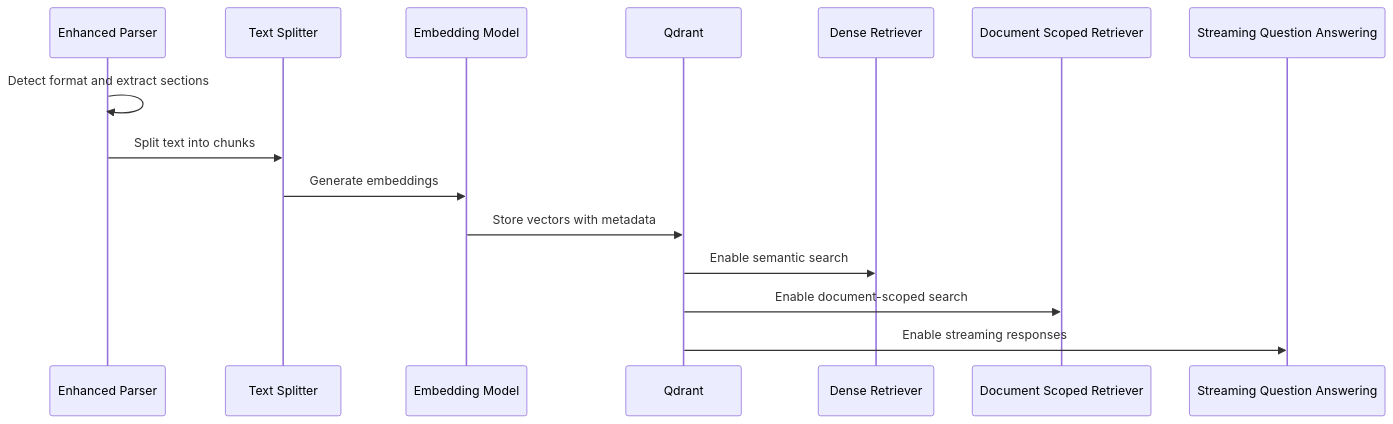
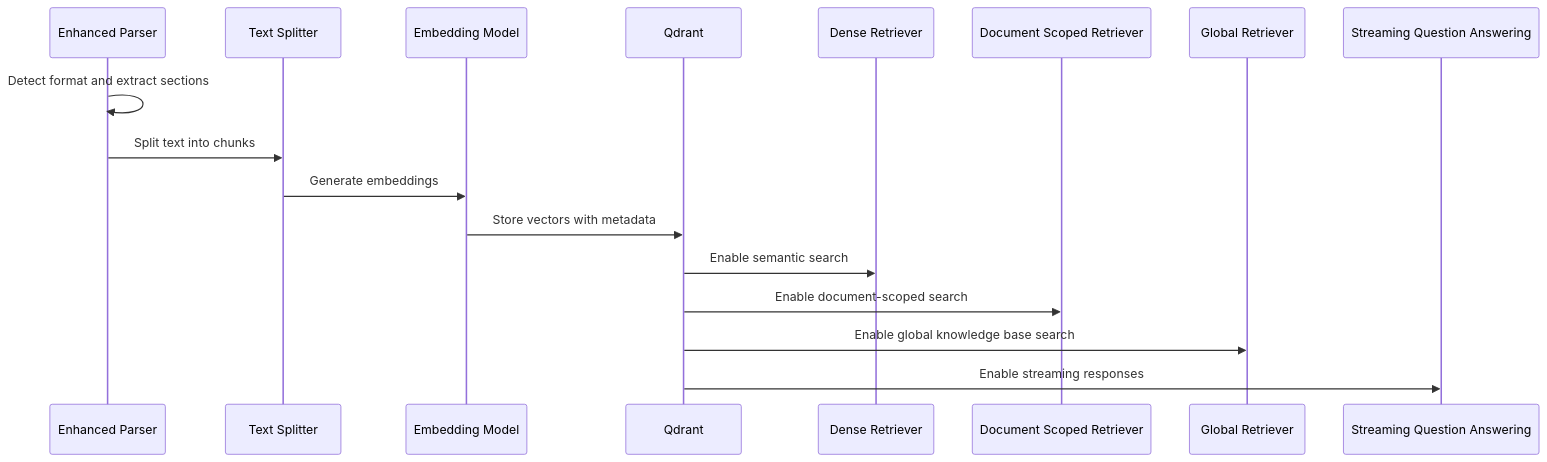
Diagram 16 of 26 in .qoder/repowiki/en/content/Document Management System.md (ognelis/cafetera_hr_bot), drawn with Mermaid before and after one commit. The commit also changed other lines of this file and 29 other files, not shown here.

````diff
--- a/.qoder/repowiki/en/content/Document Management System.md
+++ b/.qoder/repowiki/en/content/Document Management System.md
@@ -1329,17 +1503,19 @@
 ```mermaid
 sequenceDiagram
 participant Parser as Enhanced Parser
 participant Splitter as Text Splitter
 participant Embedder as Embedding Model
 participant VectorDB as Qdrant
-participant Retriever as Dense Retriever
+participant DenseRetriever as Dense Retriever
 participant DocScopedRetriever as Document Scoped Retriever
+participant GlobalRetriever as Global Retriever
 participant StreamingQA as Streaming Question Answering
 Parser->>Parser : Detect format and extract sections
 Parser->>Splitter : Split text into chunks
 Splitter->>Embedder : Generate embeddings
 Embedder->>VectorDB : Store vectors with metadata
-VectorDB->>Retriever : Enable semantic search
+VectorDB->>DenseRetriever : Enable semantic search
 VectorDB->>DocScopedRetriever : Enable document-scoped search
+VectorDB->>GlobalRetriever : Enable global knowledge base search
 VectorDB->>StreamingQA : Enable streaming responses
 ```
````
